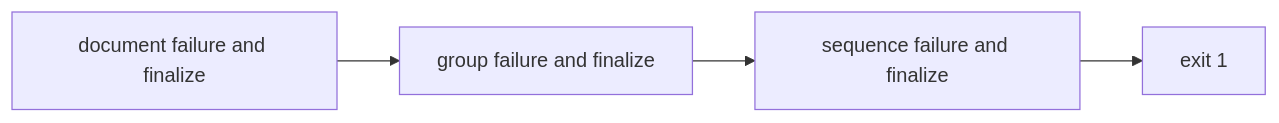
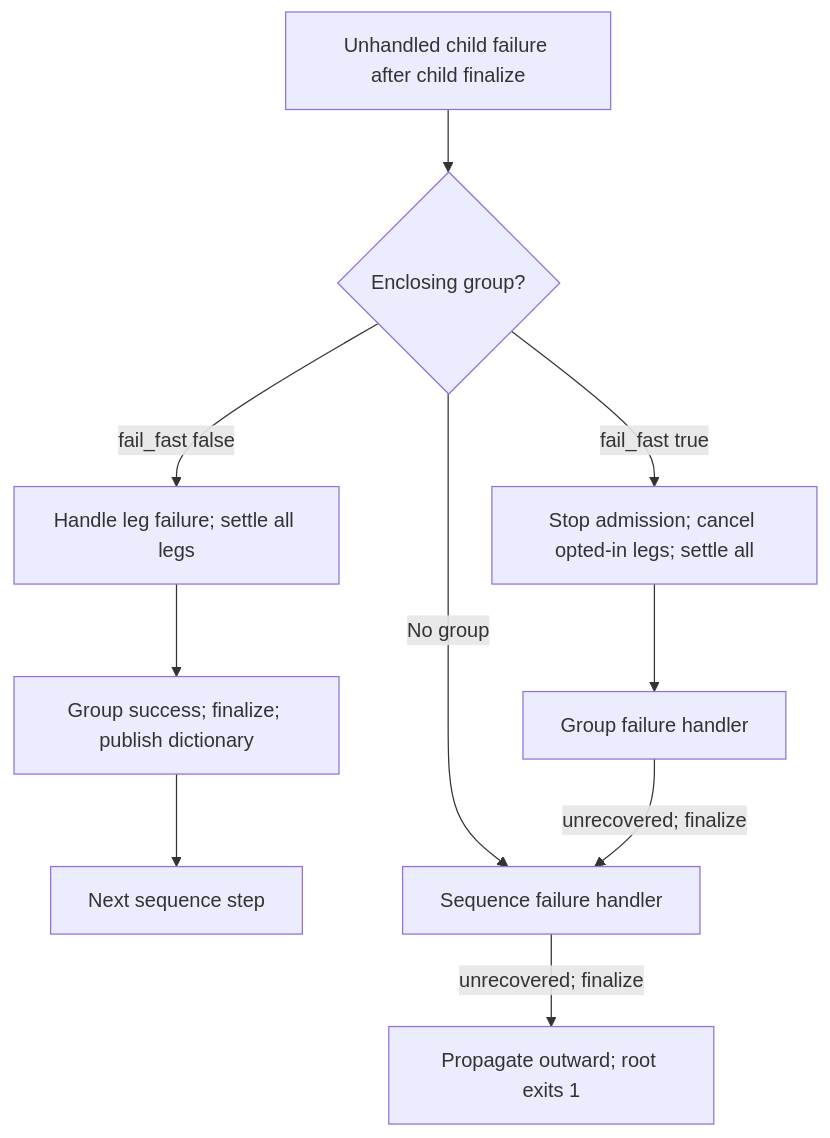
The third of 4 diagrams in claudine/docs/topics/flow-control/sequences.md (yankeeinlondon/rusty-biscuit), drawn with Mermaid before and after one commit. The commit also changed other lines of this file and 84 other files, not shown here.

First line of the commit message:
docs(claudine): document sequence containers and research workflows

````diff
--- a/claudine/docs/topics/flow-control/sequences.md
+++ b/claudine/docs/topics/flow-control/sequences.md
@@ -877,6 +885,12 @@
 ```mermaid
-flowchart LR
-    D[document failure and finalize] --> G[group failure and finalize]
-    G --> S[sequence failure and finalize]
-    S --> E[exit 1]
+flowchart TD
+    D[Unhandled child failure after child finalize] --> G{Enclosing group?}
+    G -->|fail_fast false| T[Handle leg failure; settle all legs]
+    T --> U[Group success; finalize; publish dictionary]
+    U --> N[Next sequence step]
+    G -->|fail_fast true| A[Stop admission; cancel opted-in legs; settle all]
+    A --> F[Group failure handler]
+    G -->|No group| S[Sequence failure handler]
+    F -->|unrecovered; finalize| S
+    S -->|unrecovered; finalize| E[Propagate outward; root exits 1]
 ```
````
